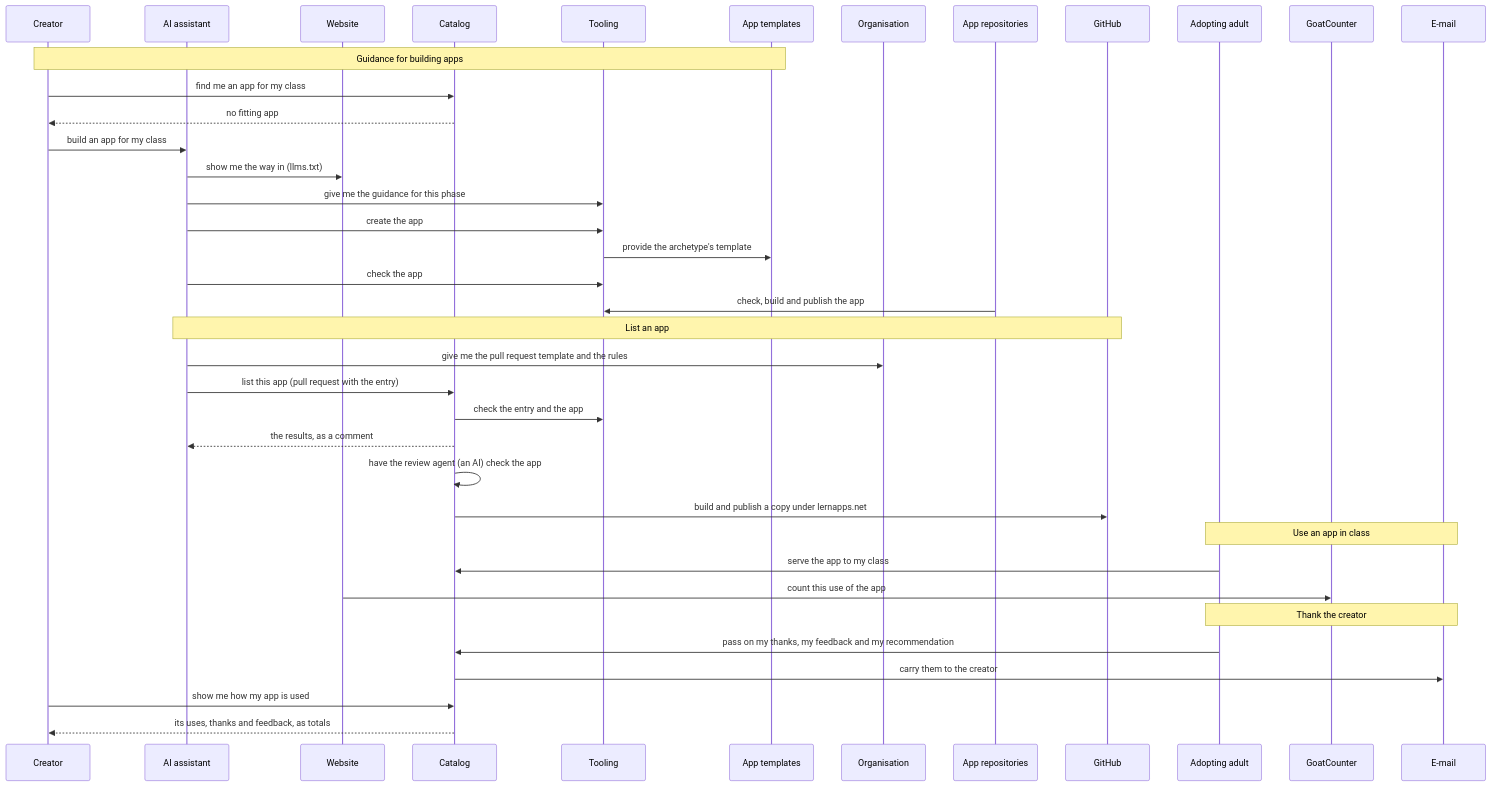
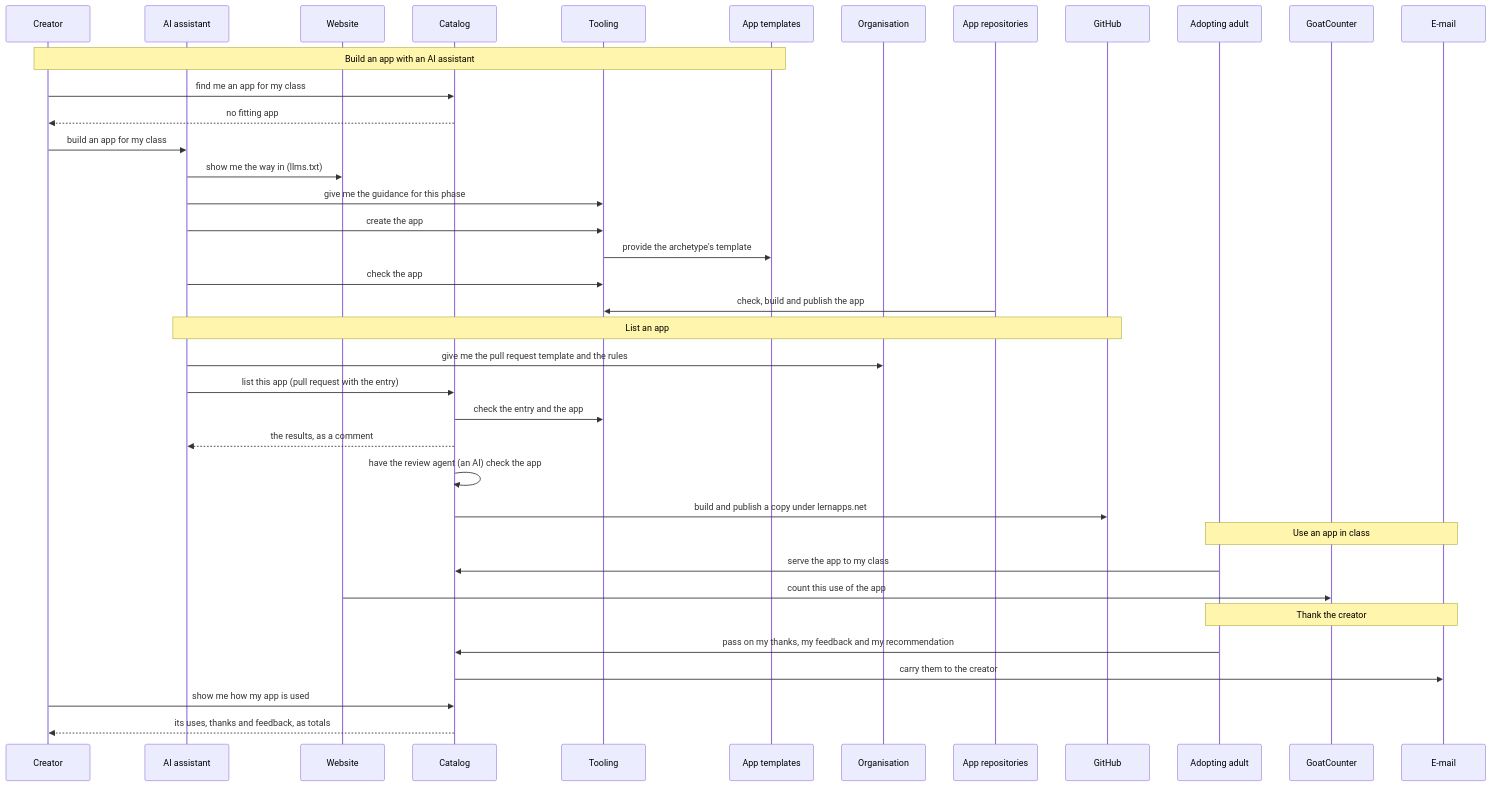
The third of 7 diagrams in docs/arc42/06-runtime-view.arc42.md (lernapps/docs), drawn with Mermaid before and after one commit. The commit also changed other lines of this file and 13 other files, not shown here.

First line of the commit message:
feat: place a tailor-made temporary app (practice) in the platform design and the architecture (#65)

````diff
--- a/docs/arc42/06-runtime-view.arc42.md
+++ b/docs/arc42/06-runtime-view.arc42.md
@@ -128,40 +128,40 @@
 ```mermaid
 sequenceDiagram
     participant creator as Creator
     participant assistant as AI assistant
     participant website as Website
     participant catalog as Catalog
     participant tooling as Tooling
     participant templates as App templates
     participant org as Organisation
     participant appactions as App repositories
     participant github as GitHub
     participant adult as Adopting adult
     participant counter as GoatCounter
     participant mail as E-mail
-    Note over creator,templates: Guidance for building apps
+    Note over creator,templates: Build an app with an AI assistant
     creator->>catalog: find me an app for my class
     catalog-->>creator: no fitting app
     creator->>assistant: build an app for my class
     assistant->>website: show me the way in (llms.txt)
     assistant->>tooling: give me the guidance for this phase
     assistant->>tooling: create the app
     tooling->>templates: provide the archetype's template
     assistant->>tooling: check the app
     appactions->>tooling: check, build and publish the app
     Note over assistant,github: List an app
     assistant->>org: give me the pull request template and the rules
     assistant->>catalog: list this app (pull request with the entry)
     catalog->>tooling: check the entry and the app
     catalog-->>assistant: the results, as a comment
     catalog->>catalog: have the review agent (an AI) check the app
     catalog->>github: build and publish a copy under lernapps.net
     Note over adult,mail: Use an app in class
     adult->>catalog: serve the app to my class
     website->>counter: count this use of the app
     Note over adult,mail: Thank the creator
     adult->>catalog: pass on my thanks, my feedback and my recommendation
     catalog->>mail: carry them to the creator
     creator->>catalog: show me how my app is used
     catalog-->>creator: its uses, thanks and feedback, as totals
 ```
````
